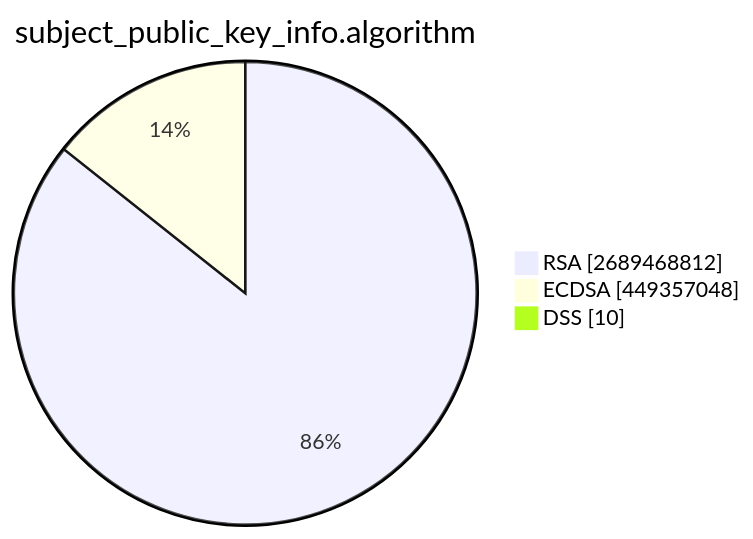
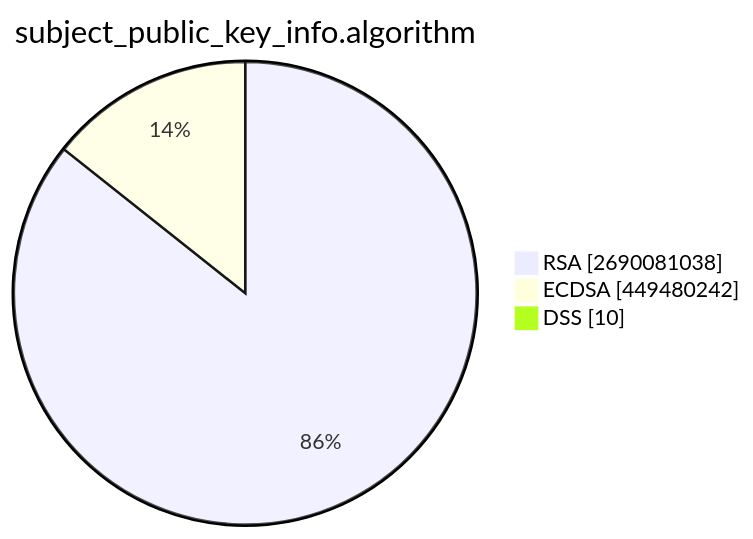
One commit to christiankrug/ctmonitor_visualization changed the second of 15 diagrams in TOTAL/README.md. Above: the diagram before and after it, drawn with Mermaid. The commit also changed other lines of this file, not shown here.

````diff
--- a/TOTAL/README.md
+++ b/TOTAL/README.md
@@ -6,7 +6,7 @@
 ```mermaid
 pie showData
 title subject_public_key_info.algorithm
-"RSA" :2689468812
-"ECDSA" :449357048
+"RSA" :2690081038
+"ECDSA" :449480242
 "DSS" :10
 ```
````
